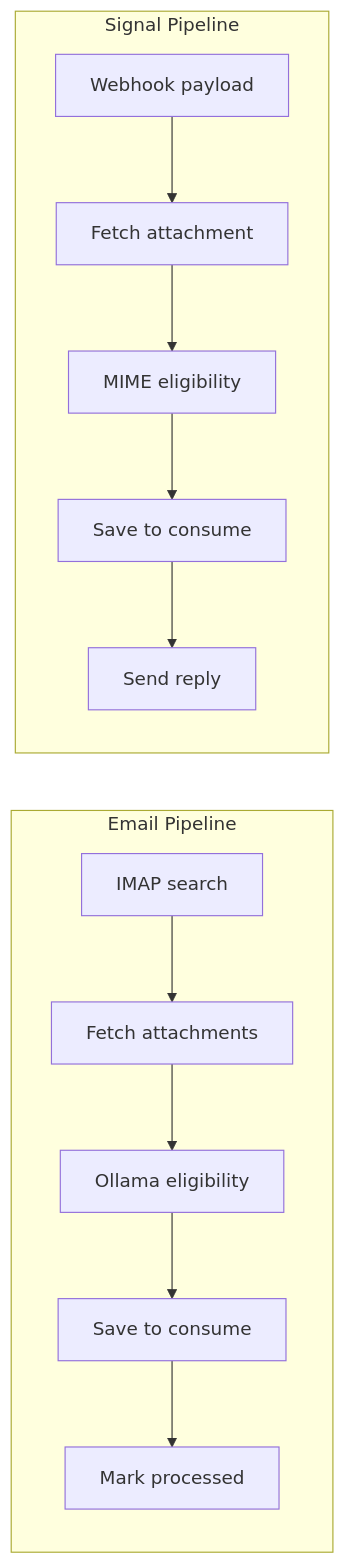
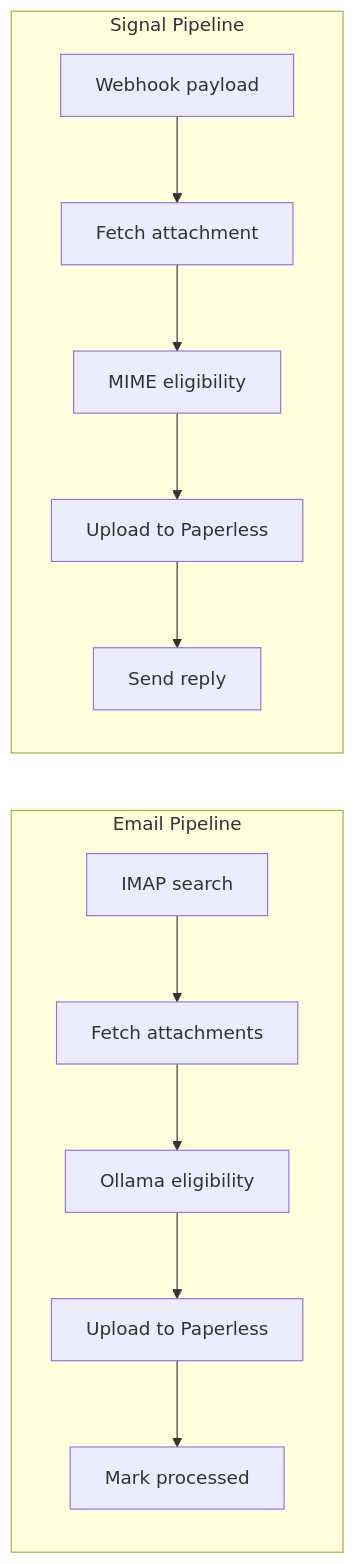
Before and after one commit to knirski/paperless-ingestion-bot: the second of 2 diagrams in docs/ARCHITECTURE.md, drawn with Mermaid. The commit also changed other lines of this file and 38 other files, not shown here.

First line of the commit message:
feat: paperless API upload instead of consume directory (#148)

````diff
--- a/docs/ARCHITECTURE.md
+++ b/docs/ARCHITECTURE.md
@@ -45,16 +45,16 @@
 ```mermaid
 flowchart LR
     subgraph Email["Email Pipeline"]
         IMAP[IMAP search] --> Fetch[Fetch attachments]
         Fetch --> Ollama[Ollama eligibility]
-        Ollama --> Save[Save to consume]
-        Save --> Label[Mark processed]
+        Ollama --> Upload[Upload to Paperless]
+        Upload --> Label[Mark processed]
     end
 
     subgraph Signal["Signal Pipeline"]
         Webhook[Webhook payload] --> Attach[Fetch attachment]
         Attach --> MIME[MIME eligibility]
-        MIME --> SaveS[Save to consume]
-        SaveS --> Reply[Send reply]
+        MIME --> UploadS[Upload to Paperless]
+        UploadS --> Reply[Send reply]
     end
 ```
````
